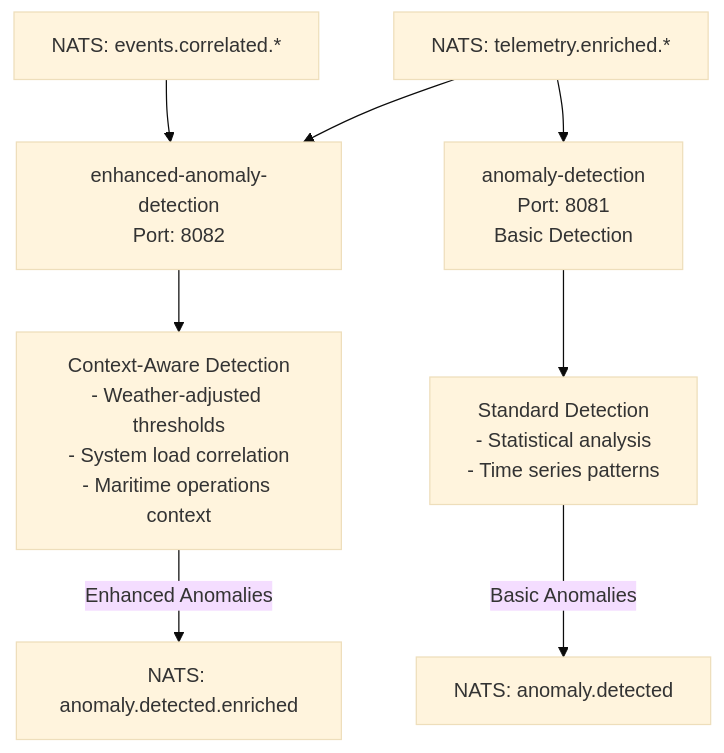
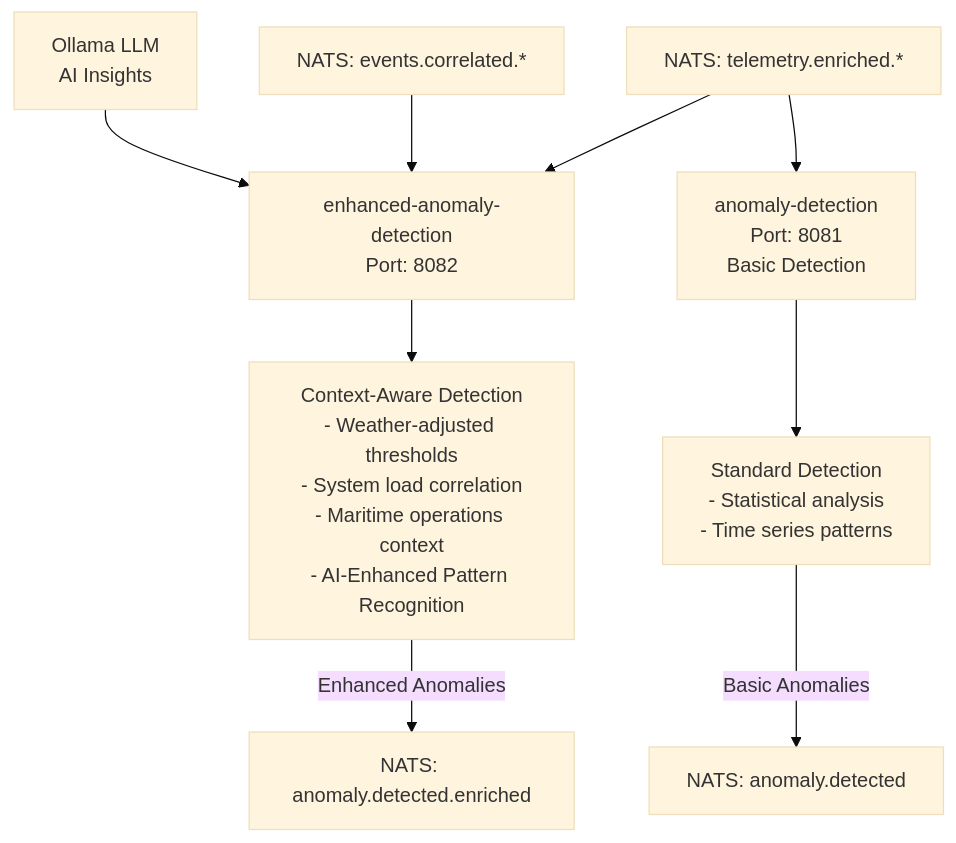
The fourth of 9 diagrams in docs/comprehensive-data-flow-diagram.md (iLodeStar/AIOps-NAAS), drawn with Mermaid (base theme) before and after one commit. The commit also changed other lines of this file and 1 other file, not shown here.

Commit message:
Fix Mermaid diagram syntax with quotes and add comprehensive AI/ML integration documentation

````diff
--- a/docs/comprehensive-data-flow-diagram.md
+++ b/docs/comprehensive-data-flow-diagram.md
@@ -77,15 +183,16 @@
 ```mermaid
 graph TD
     %% Anomaly detection services
-    I1[NATS: telemetry.enriched.*] --> J1[enhanced-anomaly-detection<br/>Port: 8082]
-    I1 --> J2[anomaly-detection<br/>Port: 8081<br/>Basic Detection]
-    I2[NATS: events.correlated.*] --> J1
+    I1["NATS: telemetry.enriched.*"] --> J1["enhanced-anomaly-detection<br/>Port: 8082"]
+    I1 --> J2["anomaly-detection<br/>Port: 8081<br/>Basic Detection"]
+    I2["NATS: events.correlated.*"] --> J1
+    ML1["Ollama LLM<br/>AI Insights"] --> J1
     
     %% Detection processing
-    J1 --> J3[Context-Aware Detection<br/>- Weather-adjusted thresholds<br/>- System load correlation<br/>- Maritime operations context]
-    J2 --> J4[Standard Detection<br/>- Statistical analysis<br/>- Time series patterns]
+    J1 --> J3["Context-Aware Detection<br/>- Weather-adjusted thresholds<br/>- System load correlation<br/>- Maritime operations context<br/>- AI-Enhanced Pattern Recognition"]
+    J2 --> J4["Standard Detection<br/>- Statistical analysis<br/>- Time series patterns"]
     
     %% Anomaly outputs
-    J3 -->|Enhanced Anomalies| K1[NATS: anomaly.detected.enriched]
-    J4 -->|Basic Anomalies| K2[NATS: anomaly.detected]
+    J3 -->|"Enhanced Anomalies"| K1["NATS: anomaly.detected.enriched"]
+    J4 -->|"Basic Anomalies"| K2["NATS: anomaly.detected"]
 ```
````
